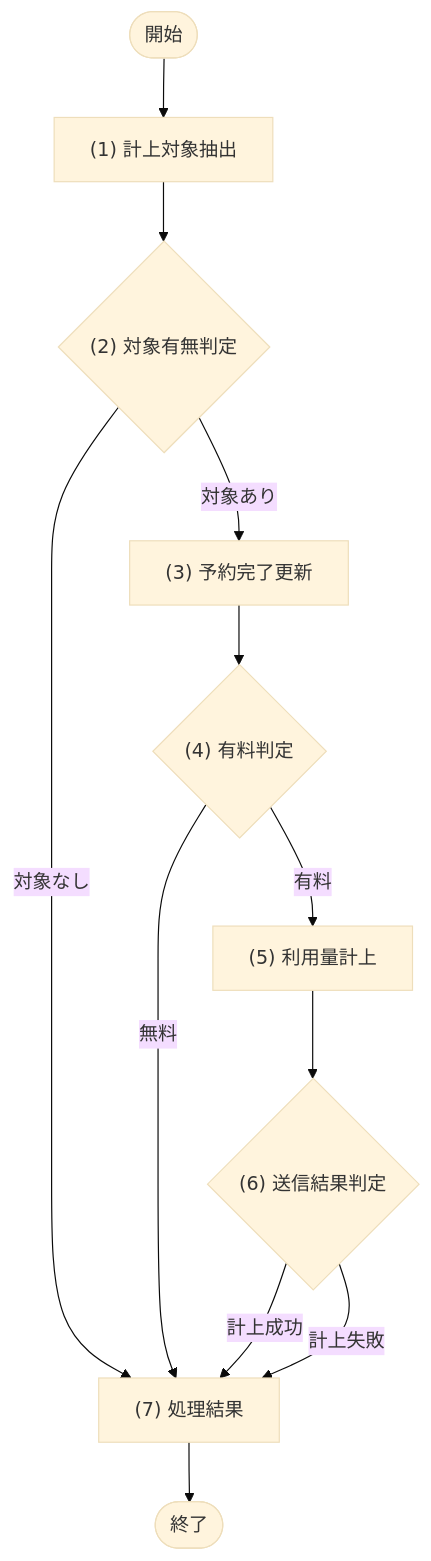
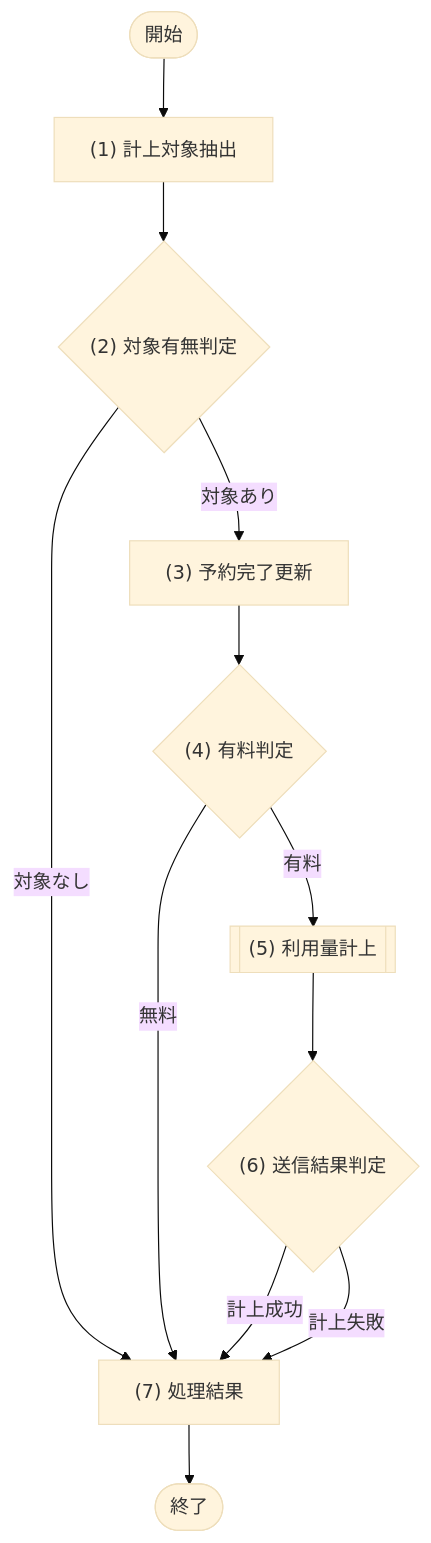
The diagram in docs/03_機能設計/04_JOB設計/JOB-002_利用量の従量課金計上.md (sikakou54/system-document-template), drawn with Mermaid (base theme) before and after one commit. The commit also changed 28 other files, not shown here.

````diff
--- a/docs/03_機能設計/04_JOB設計/JOB-002_利用量の従量課金計上.md
+++ b/docs/03_機能設計/04_JOB設計/JOB-002_利用量の従量課金計上.md
@@ -33,20 +33,20 @@
 ```mermaid
 flowchart TD
   Start([開始])
   P1["(1) 計上対象抽出"]
   D1{"(2) 対象有無判定"}
   P2["(3) 予約完了更新"]
   D2{"(4) 有料判定"}
-  P3["(5) 利用量計上"]
+  P3[["(5) 利用量計上"]]
   D3{"(6) 送信結果判定"}
   P4["(7) 処理結果"]
   End([終了])
 
   Start --> P1 --> D1
   D1 -- "対象なし" --> P4 --> End
   D1 -- "対象あり" --> P2 --> D2
   D2 -- "無料" --> P4
   D2 -- "有料" --> P3 --> D3
   D3 -- "計上成功" --> P4
   D3 -- "計上失敗" --> P4
 ```
````
